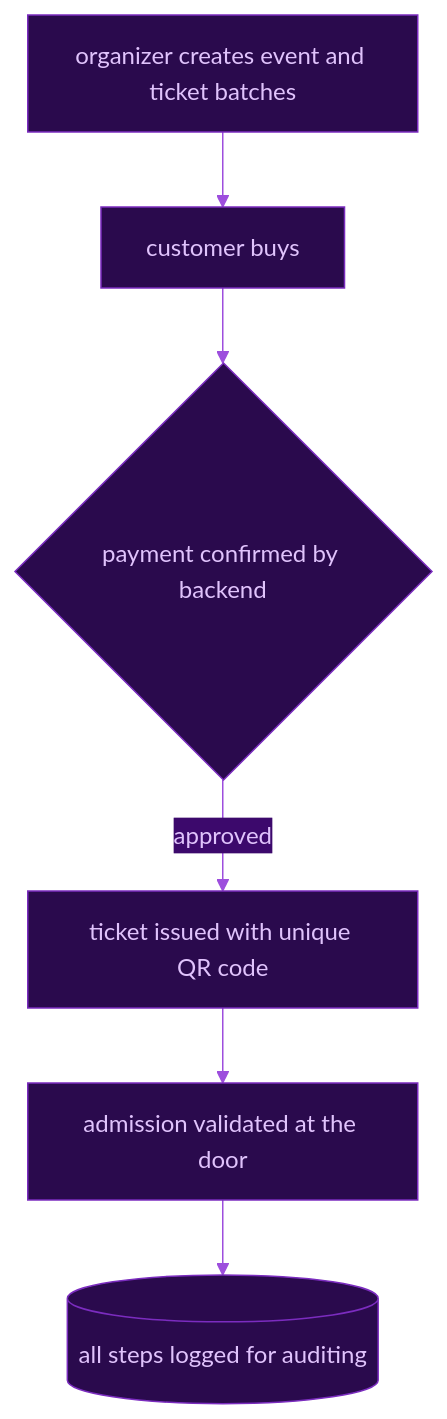
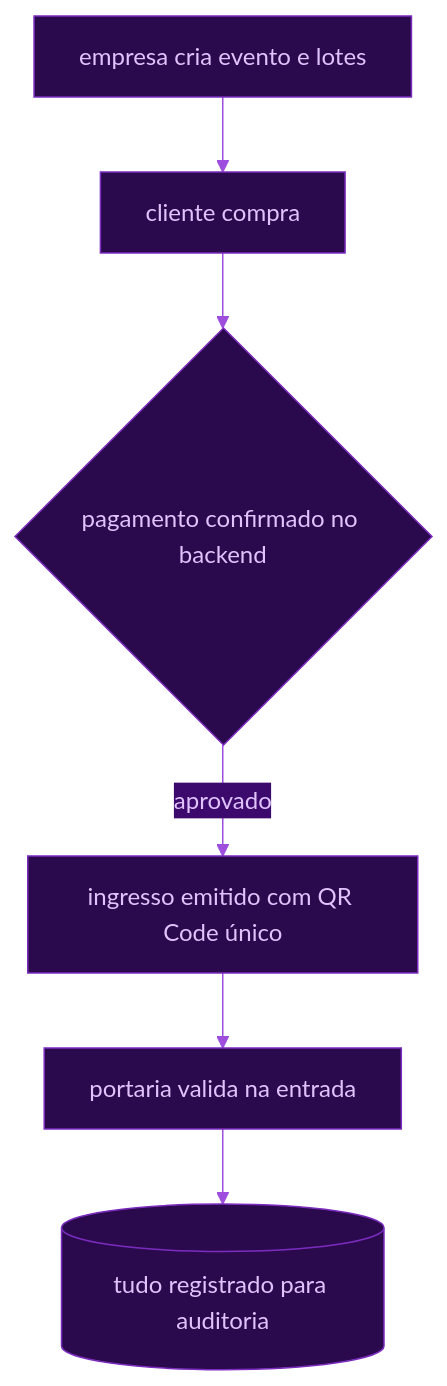
Before and after one commit to ChaconLucas/ChaconLucas: the third of 3 diagrams in README.md, drawn with Mermaid. The commit also changed other lines of this file and 42 other files, not shown here.

````diff
--- a/README.md
+++ b/README.md
@@ -171,9 +278,9 @@
 ```mermaid
 %%{init:{'theme':'base','themeVariables':{'primaryColor':'#2a0a4d','primaryTextColor':'#e0c3fc','primaryBorderColor':'#7b2cbf','lineColor':'#9d4edd','secondaryColor':'#3c096c','tertiaryColor':'#1a0033','fontFamily':'monospace'}}}%%
 flowchart TD
-  A[organizer creates event and ticket batches] --> B[customer buys]
-  B --> C{payment confirmed by backend}
-  C -->|approved| D[ticket issued with unique QR code]
-  D --> E[admission validated at the door]
-  E --> F[(all steps logged for auditing)]
+  A[empresa cria evento e lotes] --> B[cliente compra]
+  B --> C{pagamento confirmado no backend}
+  C -->|aprovado| D[ingresso emitido com QR Code único]
+  D --> E[portaria valida na entrada]
+  E --> F[(tudo registrado para auditoria)]
 ```
````
